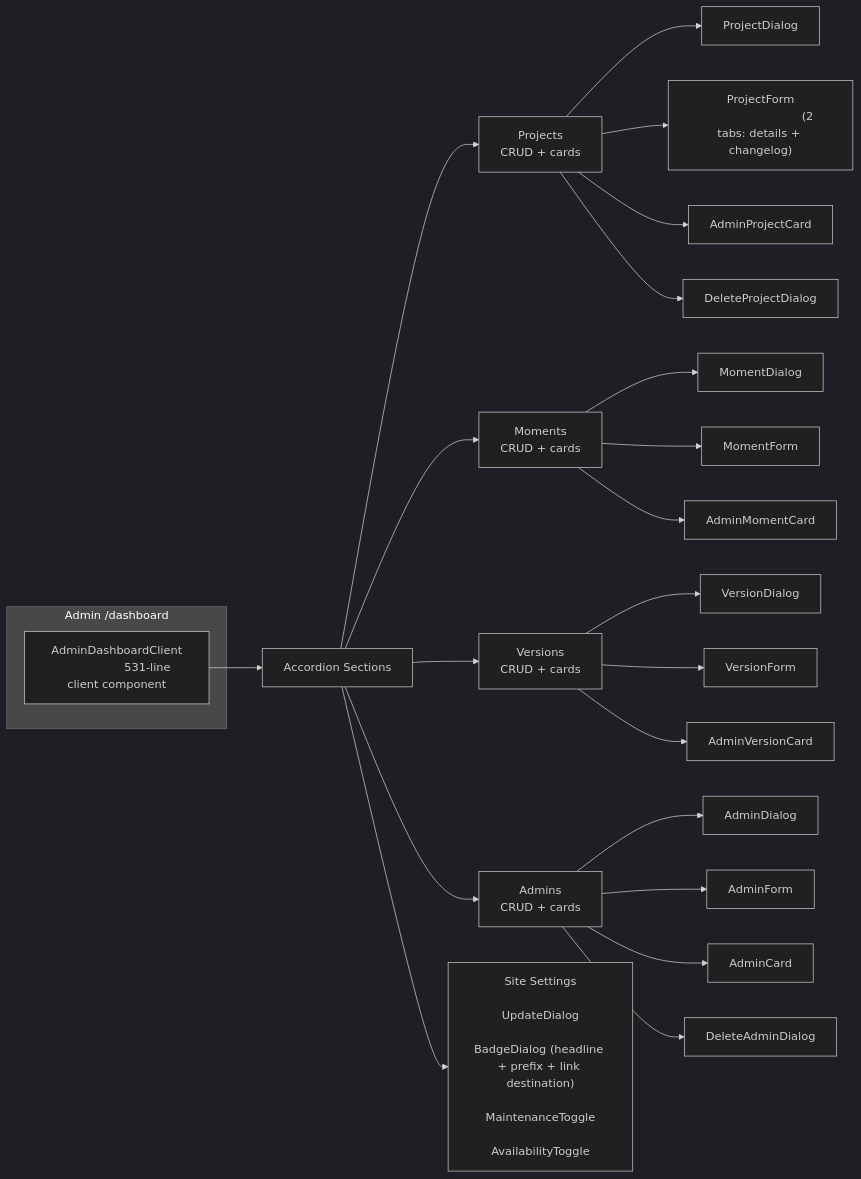
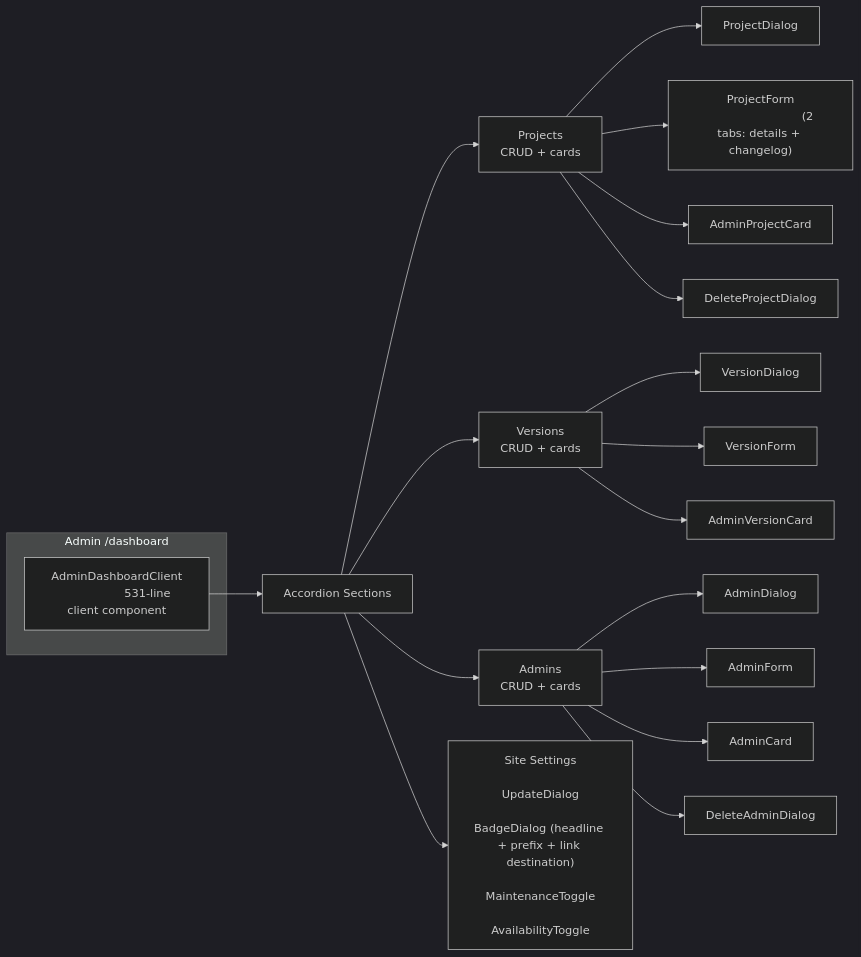
One commit to ddrayko/portfolio changed the fourth of 5 diagrams in README.md. Above: the diagram before and after it, drawn with Mermaid (dark theme). The commit also changed other lines of this file and 15 other files, not shown here.

````diff
--- a/README.md
+++ b/README.md
@@ -201,42 +183,36 @@
 ```mermaid
 flowchart LR
     subgraph Admin["Admin /dashboard"]
         Dashboard["AdminDashboardClient
                   531-line client component"]
     end
 
     Dashboard --> Sections["Accordion Sections"]
     
     Sections --> Section1["Projects
-                           CRUD + cards"]
-    Sections --> Section2["Moments
                            CRUD + cards"]
     Sections --> Section3["Versions
                            CRUD + cards"]
     Sections --> Section4["Admins
                            CRUD + cards"]
     Sections --> Section5["Site Settings
                            UpdateDialog
                            BadgeDialog (headline + prefix + link destination)
                            MaintenanceToggle
                            AvailabilityToggle"]
 
     Section1 --> ProjDialog["ProjectDialog"]
     Section1 --> ProjForm["ProjectForm
                            (2 tabs: details + changelog)"]
     Section1 --> ProjCard["AdminProjectCard"]
     Section1 --> DeleteProj["DeleteProjectDialog"]
 
-    Section2 --> MomDialog["MomentDialog"]
-    Section2 --> MomForm["MomentForm"]
-    Section2 --> MomCard["AdminMomentCard"]
-
     Section3 --> VerDialog["VersionDialog"]
     Section3 --> VerForm["VersionForm"]
     Section3 --> VerCard["AdminVersionCard"]
 
     Section4 --> AdmDialog["AdminDialog"]
     Section4 --> AdmForm["AdminForm"]
     Section4 --> AdmCard["AdminCard"]
     Section4 --> DeleteAdm["DeleteAdminDialog"]
 ```
````
